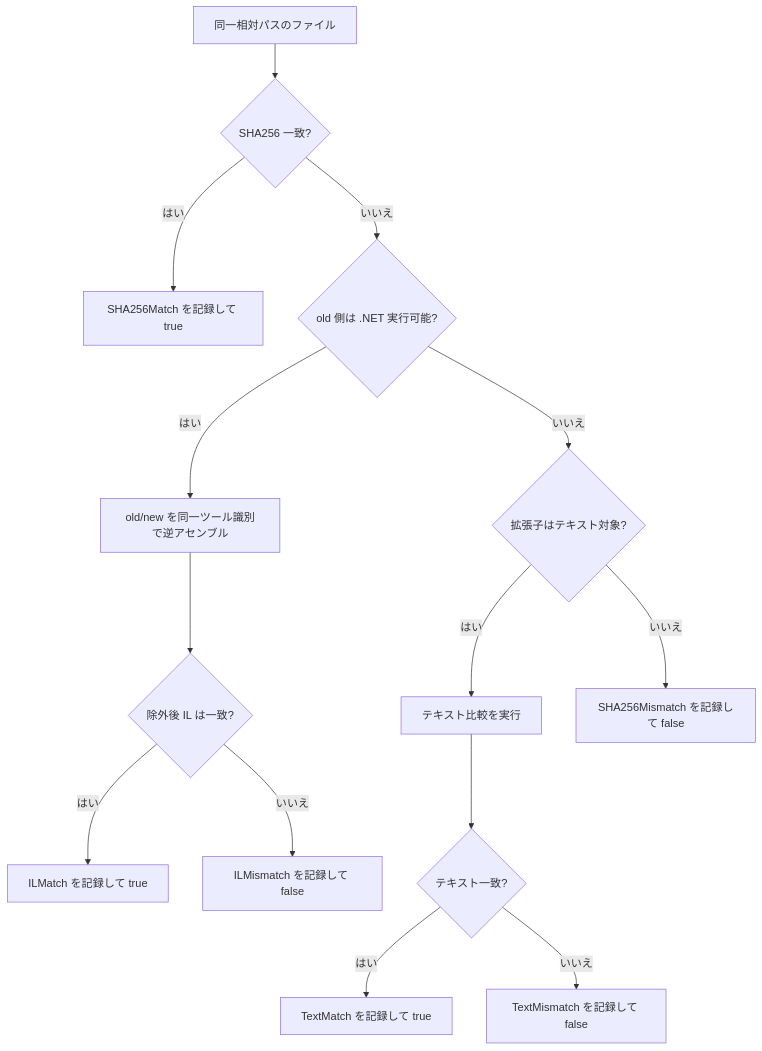
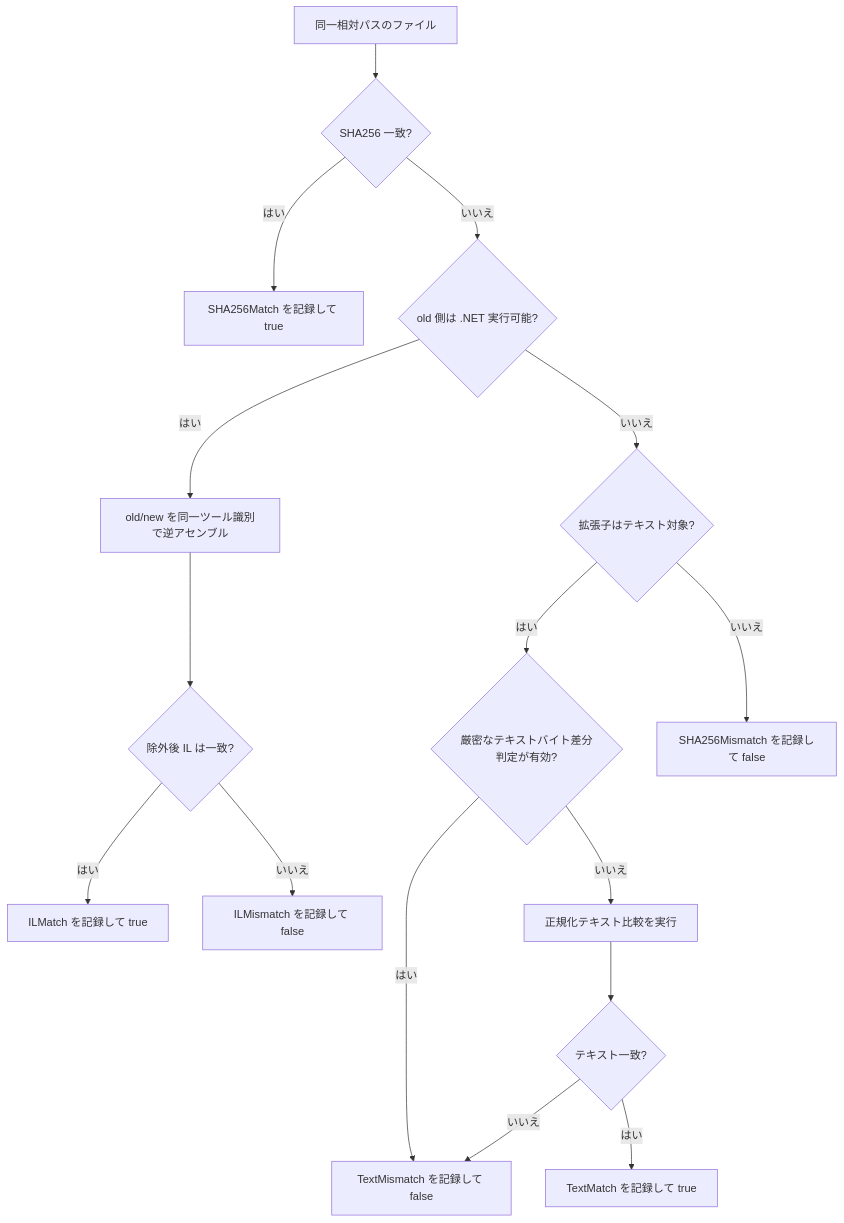
Before and after one commit to Widthdom/FolderDiffIL4DotNet: diagram 11 of 12 in doc/DEVELOPER_GUIDE.md, drawn with Mermaid. The commit also changed other lines of this file and 29 other files, not shown here.

````diff
--- a/doc/DEVELOPER_GUIDE.md
+++ b/doc/DEVELOPER_GUIDE.md
@@ -1486,16 +1488,18 @@
 ```mermaid
 flowchart TD
     A["同一相対パスのファイル"] --> B{"SHA256 一致?"}
     B -- "はい" --> C["SHA256Match を記録して true"]
     B -- "いいえ" --> D{"old 側は .NET 実行可能?"}
     D -- "はい" --> E["old/new を同一ツール識別で逆アセンブル"]
     E --> F{"除外後 IL は一致?"}
     F -- "はい" --> G["ILMatch を記録して true"]
     F -- "いいえ" --> H["ILMismatch を記録して false"]
     D -- "いいえ" --> I{"拡張子はテキスト対象?"}
-    I -- "はい" --> J["テキスト比較を実行"]
-    J --> K{"テキスト一致?"}
-    K -- "はい" --> L["TextMatch を記録して true"]
-    K -- "いいえ" --> M["TextMismatch を記録して false"]
+    I -- "はい" --> J{"厳密なテキストバイト差分判定が有効?"}
+    J -- "はい" --> M["TextMismatch を記録して false"]
+    J -- "いいえ" --> K["正規化テキスト比較を実行"]
+    K --> L{"テキスト一致?"}
+    L -- "はい" --> O["TextMatch を記録して true"]
+    L -- "いいえ" --> M
     I -- "いいえ" --> N["SHA256Mismatch を記録して false"]
 ```
````
